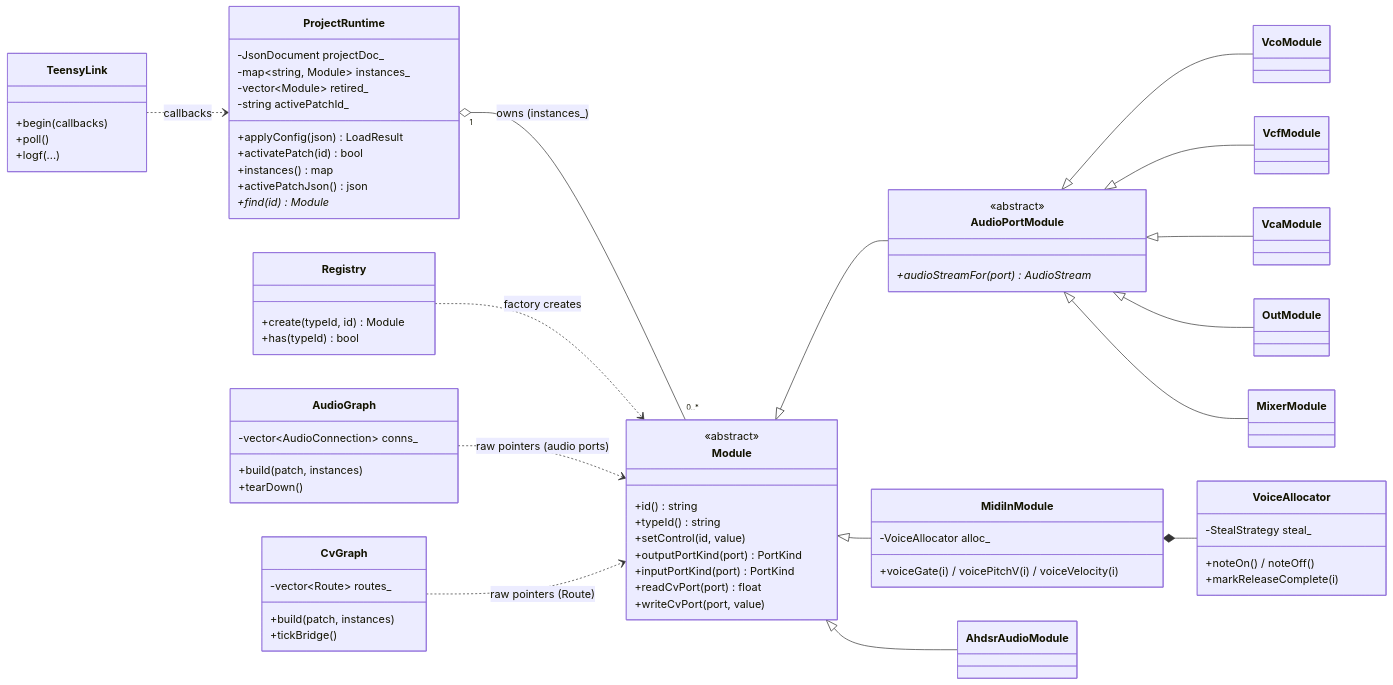
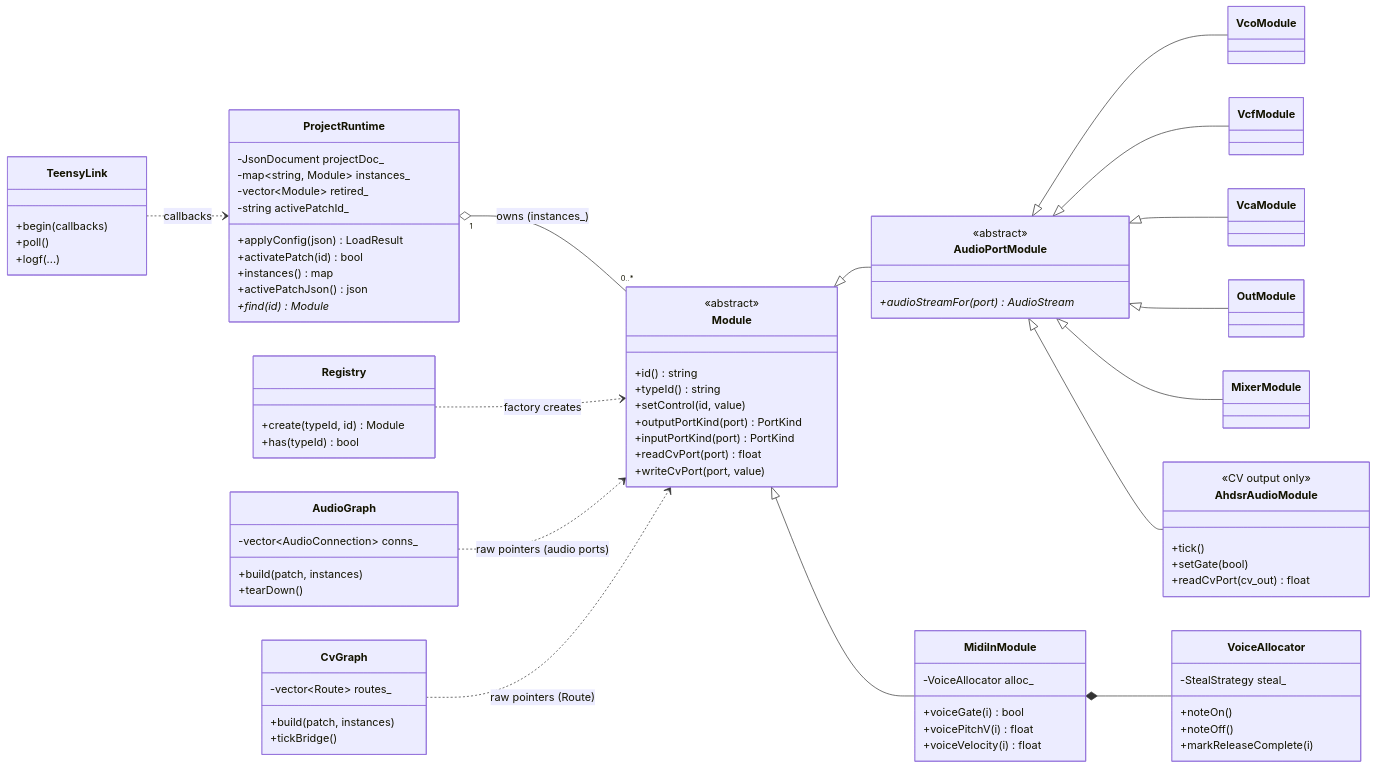
The first of 3 diagrams in doc/uml/07-modular-brain-runtime.md (MarkWestbroek/MusicBrain), drawn with Mermaid before and after one commit. The commit also changed other lines of this file, not shown here.

```diff
--- a/doc/uml/07-modular-brain-runtime.md
+++ b/doc/uml/07-modular-brain-runtime.md
@@ -66,13 +66,22 @@
         <<abstract>>
         +audioStreamFor(port) AudioStream*
     }
+    class AhdsrAudioModule {
+        <<CV output only>>
+        +tick()
+        +setGate(bool)
+        +readCvPort(cv_out) float
+    }
     class MidiInModule {
         -VoiceAllocator alloc_
-        +voiceGate(i) / voicePitchV(i) / voiceVelocity(i)
+        +voiceGate(i) bool
+        +voicePitchV(i) float
+        +voiceVelocity(i) float
     }
     class VoiceAllocator {
         -StealStrategy steal_
-        +noteOn() / noteOff()
+        +noteOn()
+        +noteOff()
         +markReleaseComplete(i)
     }
     class Registry {
@@ -86,7 +95,7 @@
     AudioPortModule <|-- VcaModule
     AudioPortModule <|-- OutModule
     AudioPortModule <|-- MixerModule
-    Module <|-- AhdsrAudioModule
+    AudioPortModule <|-- AhdsrAudioModule
     Module <|-- MidiInModule
     MidiInModule *-- VoiceAllocator
 
```
